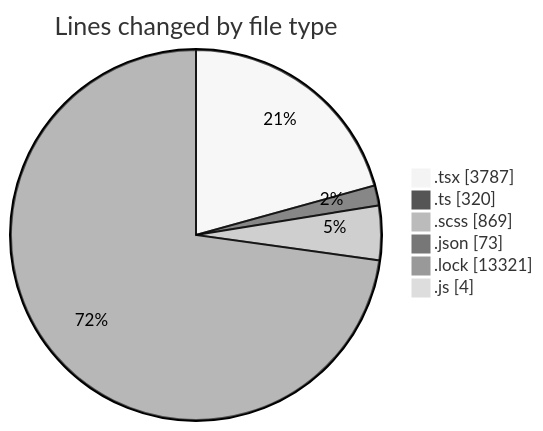
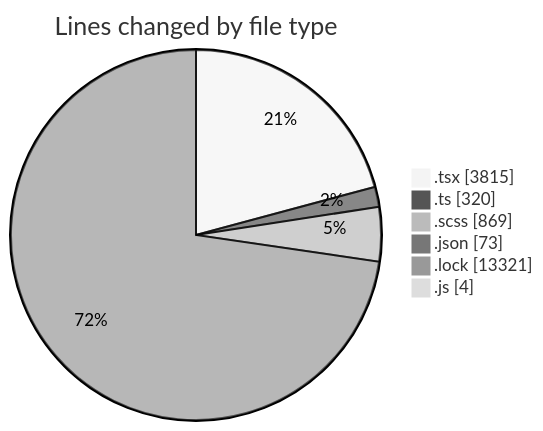
One commit to momahboobian/code-tracking changed the first of 2 diagrams in 2025-02-12/cda/README.md. Above: the diagram before and after it, drawn with Mermaid (neutral theme). The commit also changed other lines of this file and 1 other file, not shown here.

````diff
--- a/2025-02-12/cda/README.md
+++ b/2025-02-12/cda/README.md
@@ -41,10 +41,10 @@
 ```mermaid
 pie showData
 title Lines changed by file type
-".tsx" : 3787
+".tsx" : 3815
 ".ts" : 320
 ".scss" : 869
 ".json" : 73
 ".lock" : 13321
 ".js" : 4
 ```
````
